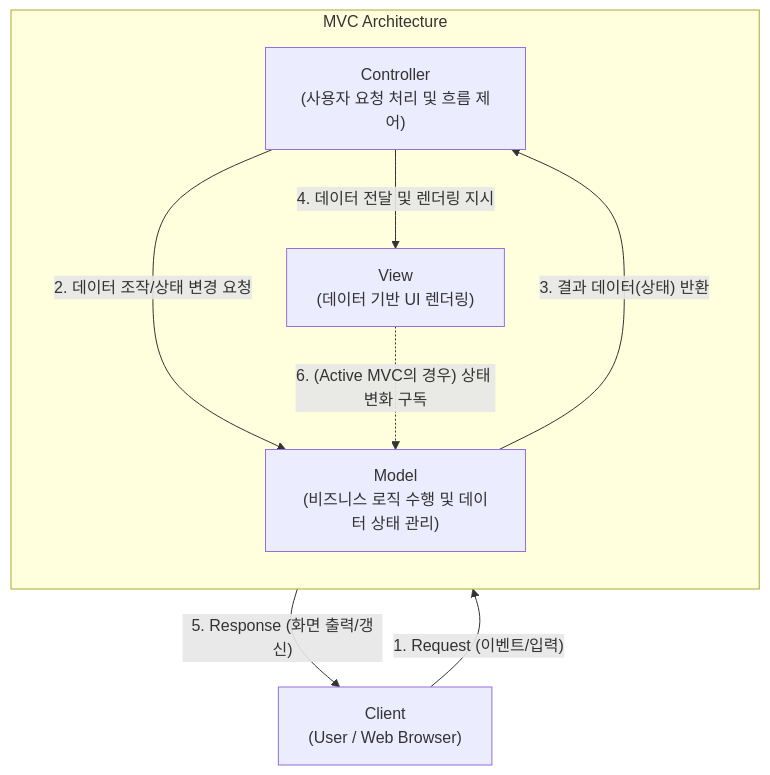
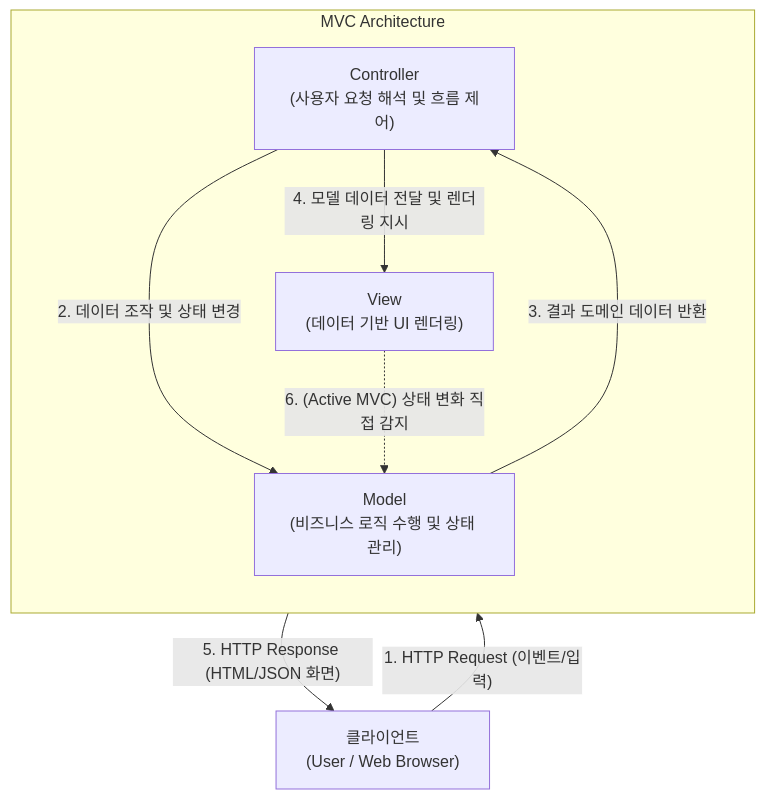
Before and after one commit to supremethumb/supremethumb.github.io: the diagram in content/01_IT Tech/MVC 패턴 (Model-View-Controller Pattern).md, drawn with Mermaid. The commit also changed other lines of this file and 362 other files, not shown here.

````diff
--- a/content/01_IT Tech/MVC 패턴 (Model-View-Controller Pattern).md
+++ b/content/01_IT Tech/MVC 패턴 (Model-View-Controller Pattern).md
@@ -31,19 +31,18 @@
 ```mermaid
 flowchart TB
-    Client["Client<br/>(User / Web Browser)"]
+    Client["클라이언트<br/>(User / Web Browser)"]
 
     subgraph "MVC Architecture"
         direction TB
-        C["Controller<br/>(사용자 요청 처리 및 흐름 제어)"]
-        M["Model<br/>(비즈니스 로직 수행 및 데이터 상태 관리)"]
+        C["Controller<br/>(사용자 요청 해석 및 흐름 제어)"]
+        M["Model<br/>(비즈니스 로직 수행 및 상태 관리)"]
         V["View<br/>(데이터 기반 UI 렌더링)"]
     end
 
-    Client -- "1. Request (이벤트/입력)" --> C
-    C -- "2. 데이터 조작/상태 변경 요청" --> M
-    M -- "3. 결과 데이터(상태) 반환" --> C
-    C -- "4. 데이터 전달 및 렌더링 지시" --> V
-    V -- "5. Response (화면 출력/갱신)" --> Client
-    V -. "6. (Active MVC의 경우) 상태 변화 구독" .-> M
-
+    Client -- "1. HTTP Request (이벤트/입력)" --> C
+    C -- "2. 데이터 조작 및 상태 변경" --> M
+    M -- "3. 결과 도메인 데이터 반환" --> C
+    C -- "4. 모델 데이터 전달 및 렌더링 지시" --> V
+    V -- "5. HTTP Response (HTML/JSON 화면)" --> Client
+    V -. "6. (Active MVC) 상태 변화 직접 감지" .-> M
 ```
````
